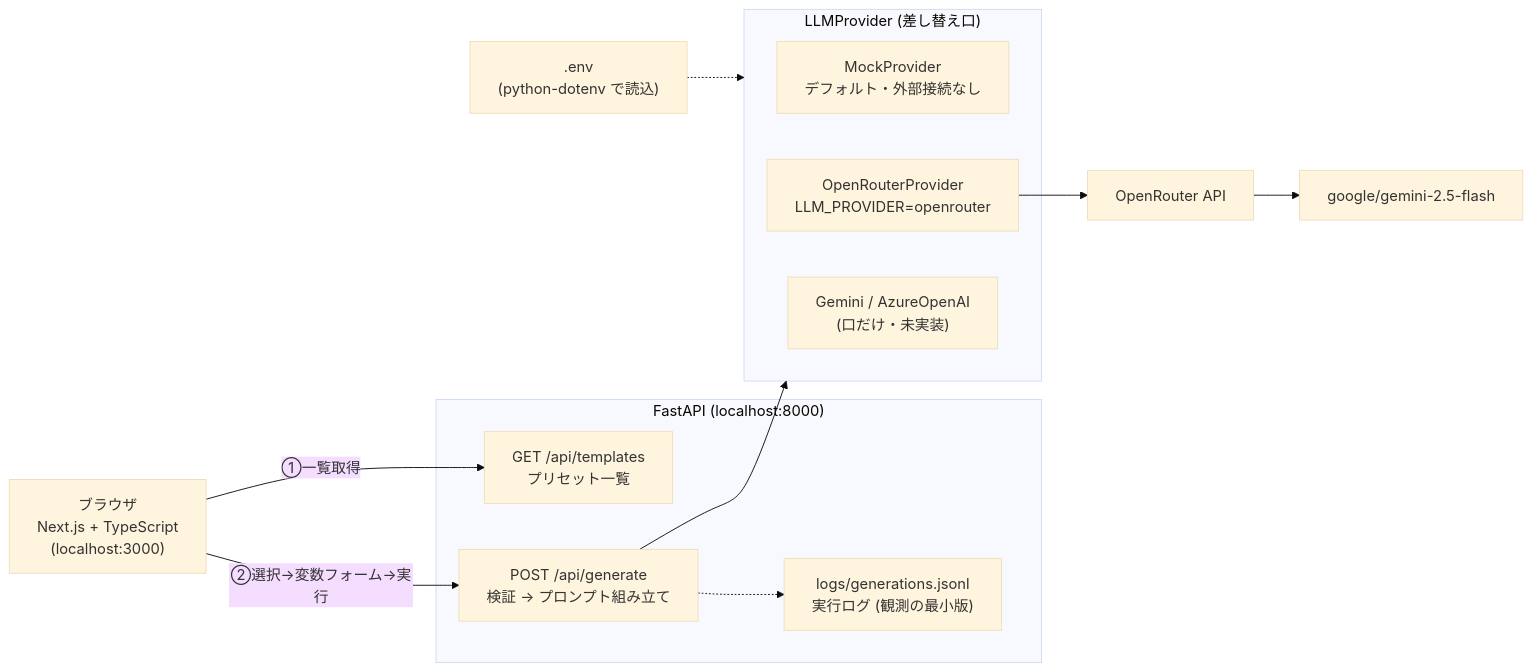
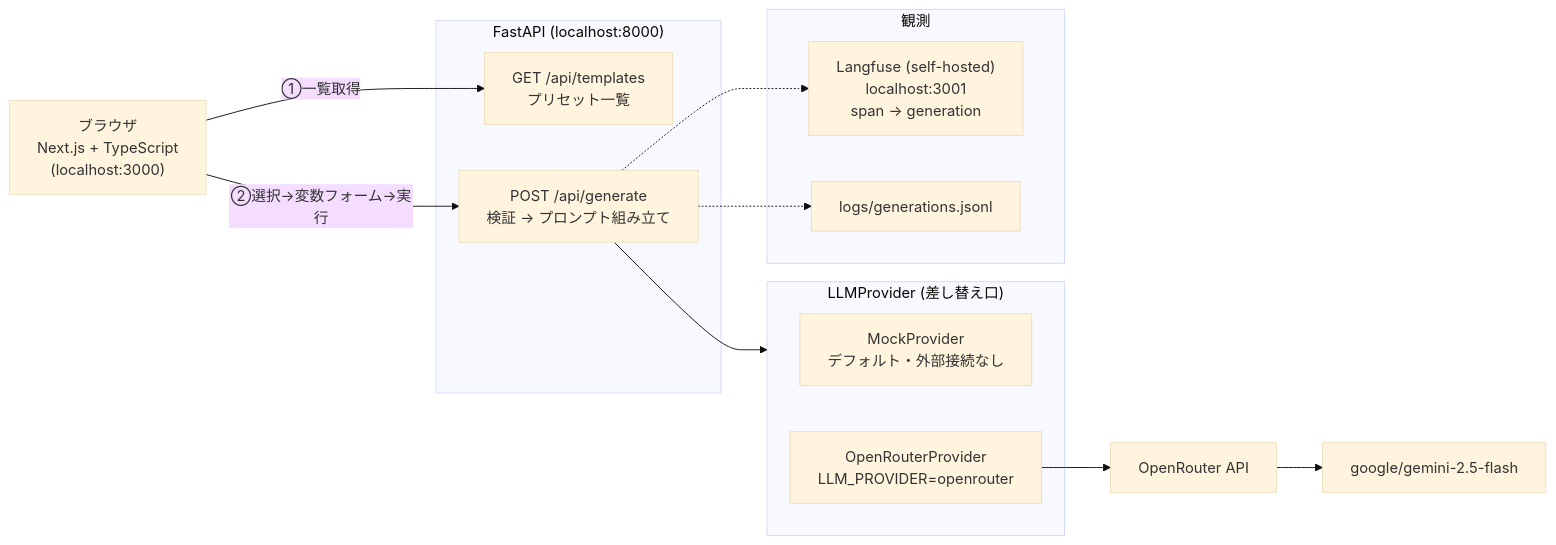
Before and after one commit to padawansato/preset-prompt-demo: the diagram in README.md, drawn with Mermaid (base theme). The commit also changed other lines of this file and 8 other files, not shown here.

Commit message:
add Langfuse self-hosted observability (SDK v4 API), isolate tests from external deps

````diff
--- a/README.md
+++ b/README.md
@@ -9,21 +9,23 @@
 ```mermaid
 flowchart LR
   B["ブラウザ<br/>Next.js + TypeScript<br/>(localhost:3000)"]
   subgraph API["FastAPI (localhost:8000)"]
     T["GET /api/templates<br/>プリセット一覧"]
     G["POST /api/generate<br/>検証 → プロンプト組み立て"]
-    L["logs/generations.jsonl<br/>実行ログ (観測の最小版)"]
   end
   subgraph P["LLMProvider (差し替え口)"]
     M["MockProvider<br/>デフォルト・外部接続なし"]
     O["OpenRouterProvider<br/>LLM_PROVIDER=openrouter"]
-    S["Gemini / AzureOpenAI<br/>(口だけ・未実装)"]
+  end
+  subgraph OBS["観測"]
+    LF["Langfuse (self-hosted)<br/>localhost:3001<br/>span → generation"]
+    L["logs/generations.jsonl"]
   end
   R["OpenRouter API"] --> GM["google/gemini-2.5-flash"]
   B -- "①一覧取得" --> T
   B -- "②選択→変数フォーム→実行" --> G
   G --> P
   O --> R
+  G -.-> LF
   G -.-> L
-  E[".env<br/>(python-dotenv で読込)"] -.-> P
 ```
````
